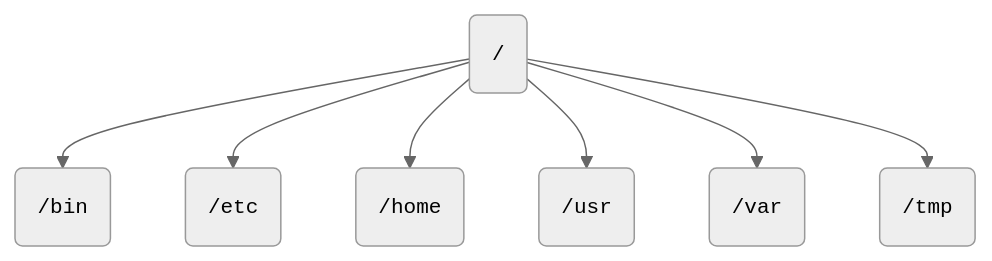
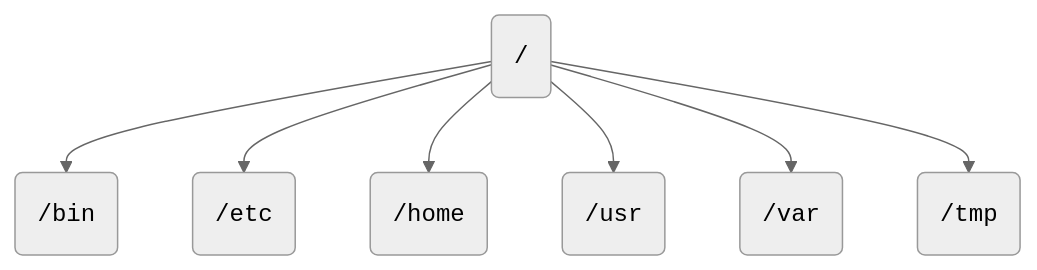
Before and after one commit to mjfrigaard/linux-cb: the diagram in dirs.qmd, drawn with Mermaid. The commit also changed 5 other files, not shown here.

````diff
--- a/dirs.qmd
+++ b/dirs.qmd
@@ -65,21 +65,21 @@
 ```{mermaid}
 %%| fig-cap: 'Everything is a file'
 %%| fig-align: center
-%%{init: {'theme': 'neutral', 'themeVariables': { 'fontFamily': 'Inconsolata', 'fontSize': '14px'}}}%%
+%%{init: {'theme': 'neutral', 'themeVariables': { 'fontFamily': 'monospace', "fontSize":"16px"}}}%%
 
 flowchart TD
   Root(<code>/</code>)
   bin(<code>/bin</code>)
   etc(<code>/etc</code>)
   home(<code>/home</code>)
   usr(<code>/usr</code>)
   var(<code>/var</code>)
   tmp(<code>/tmp</code>)
 
   Root --> bin
   Root --> etc
   Root --> home
   Root --> usr
   Root --> var
   Root --> tmp
 ```
````
